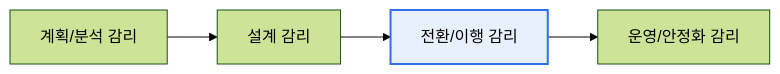
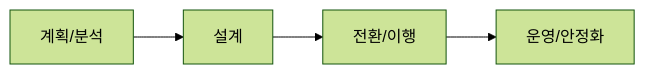
The diagram in content/cloud-migration-audit.md (coninggu/wjdqhrhksflrltnftk), drawn with Mermaid (forest theme) before and after one commit. The commit also changed other lines of this file and 28 other files, not shown here.

````diff
--- a/content/cloud-migration-audit.md
+++ b/content/cloud-migration-audit.md
@@ -14,5 +14,4 @@
 ```mermaid
 flowchart LR
-  P[계획/분석 감리] --> D[설계 감리] --> M[전환/이행 감리] --> O[운영/안정화 감리]
-  style M fill:#e8f0fe,stroke:#2f6fed,stroke-width:2px
+  P[계획/분석] --> D[설계] --> M[전환/이행] --> O[운영/안정화]
 ```
````
